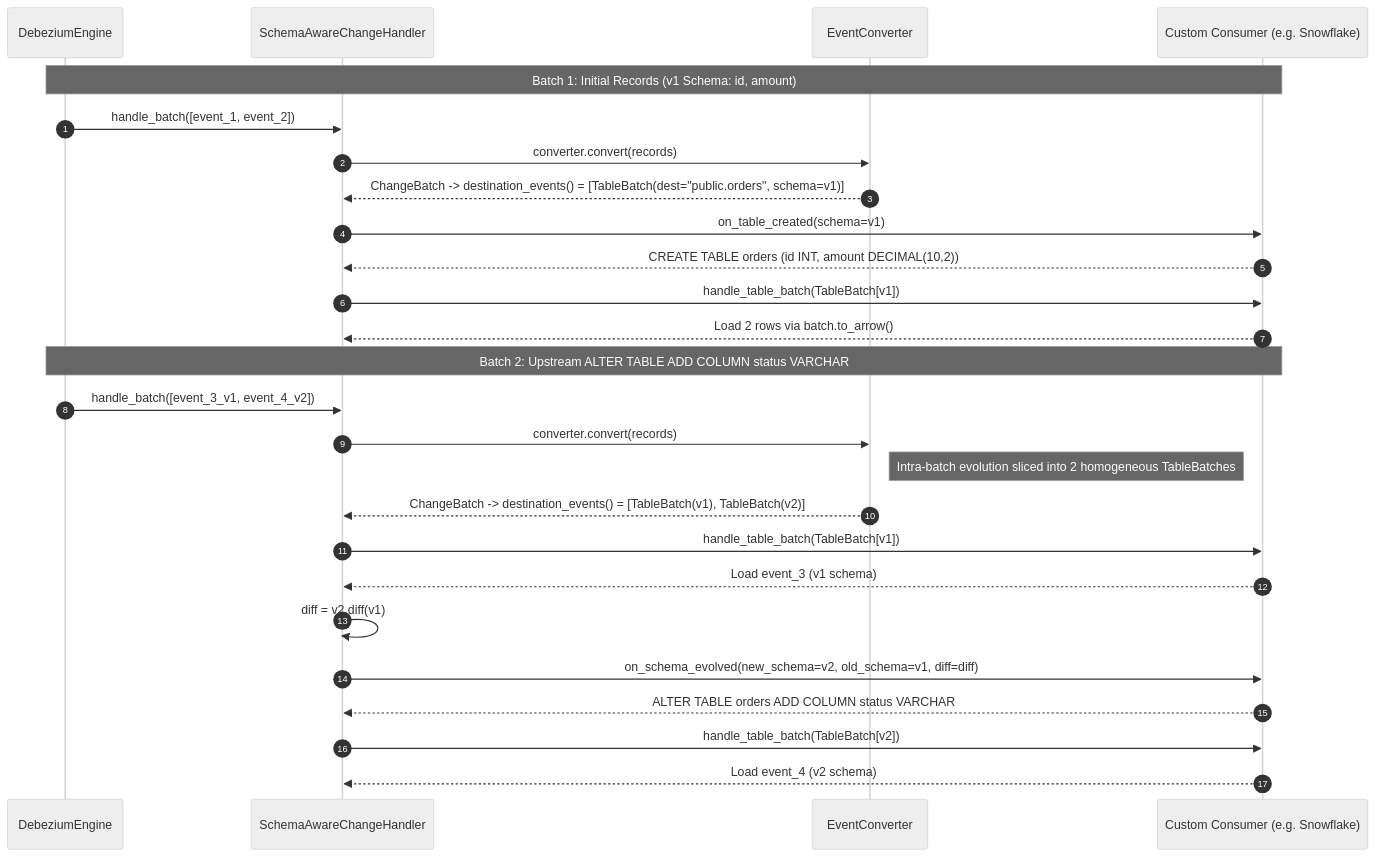
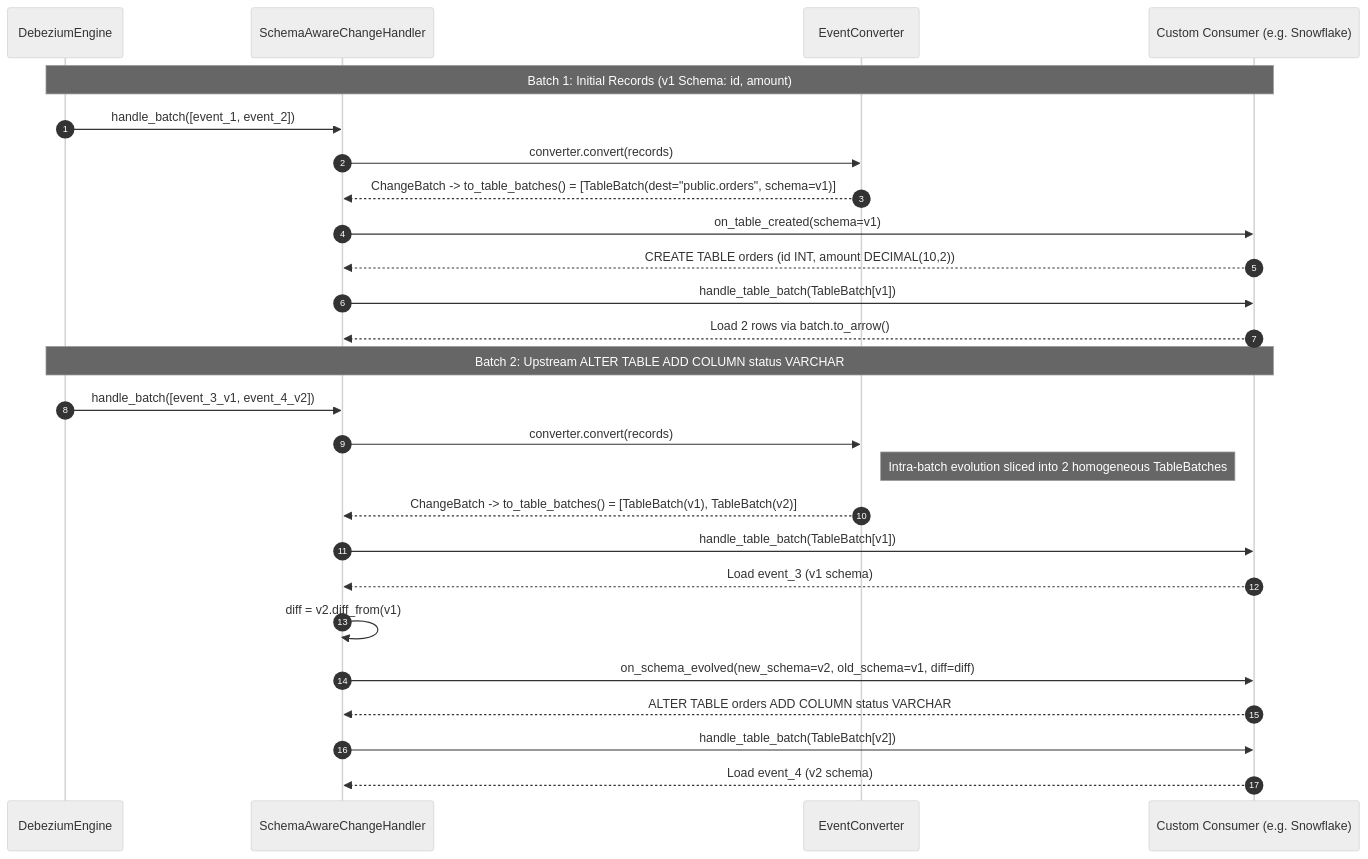
The diagram in docs/schema/consumer.md (memiiso/pydbzengine), drawn with Mermaid (neutral theme) before and after one commit. The commit also changed other lines of this file and 15 other files, not shown here.

Commit message:
refactor: simplify SchemaAwareChangeHandler lifecycle hooks and introduce batch grouping APIs

````diff
--- a/docs/schema/consumer.md
+++ b/docs/schema/consumer.md
@@ -24,32 +22,32 @@
 ```mermaid
 sequenceDiagram
     autonumber
     participant Engine as DebeziumEngine
     participant Handler as SchemaAwareChangeHandler
     participant Conv as EventConverter
     participant Sink as Custom Consumer (e.g. Snowflake)
 
     Note over Engine,Sink: Batch 1: Initial Records (v1 Schema: id, amount)
     Engine->>Handler: handle_batch([event_1, event_2])
     Handler->>Conv: converter.convert(records)
-    Conv-->>Handler: ChangeBatch -> destination_events() = [TableBatch(dest="public.orders", schema=v1)]
+    Conv-->>Handler: ChangeBatch -> to_table_batches() = [TableBatch(dest="public.orders", schema=v1)]
     Handler->>Sink: on_table_created(schema=v1)
     Sink-->>Handler: CREATE TABLE orders (id INT, amount DECIMAL(10,2))
     Handler->>Sink: handle_table_batch(TableBatch[v1])
     Sink-->>Handler: Load 2 rows via batch.to_arrow()
 
     Note over Engine,Sink: Batch 2: Upstream ALTER TABLE ADD COLUMN status VARCHAR
     Engine->>Handler: handle_batch([event_3_v1, event_4_v2])
     Handler->>Conv: converter.convert(records)
     Note right of Conv: Intra-batch evolution sliced into 2 homogeneous TableBatches
-    Conv-->>Handler: ChangeBatch -> destination_events() = [TableBatch(v1), TableBatch(v2)]
+    Conv-->>Handler: ChangeBatch -> to_table_batches() = [TableBatch(v1), TableBatch(v2)]
 
     Handler->>Sink: handle_table_batch(TableBatch[v1])
     Sink-->>Handler: Load event_3 (v1 schema)
 
-    Handler->>Handler: diff = v2.diff(v1)
+    Handler->>Handler: diff = v2.diff_from(v1)
     Handler->>Sink: on_schema_evolved(new_schema=v2, old_schema=v1, diff=diff)
     Sink-->>Handler: ALTER TABLE orders ADD COLUMN status VARCHAR
     Handler->>Sink: handle_table_batch(TableBatch[v2])
     Sink-->>Handler: Load event_4 (v2 schema)
 ```
````
